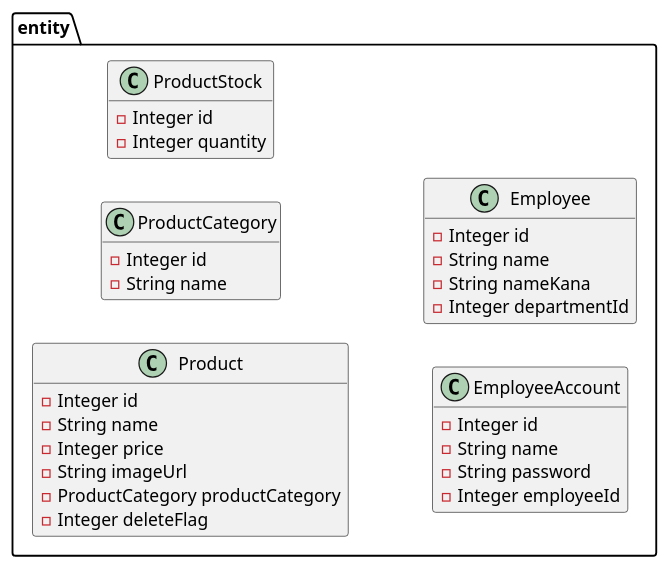
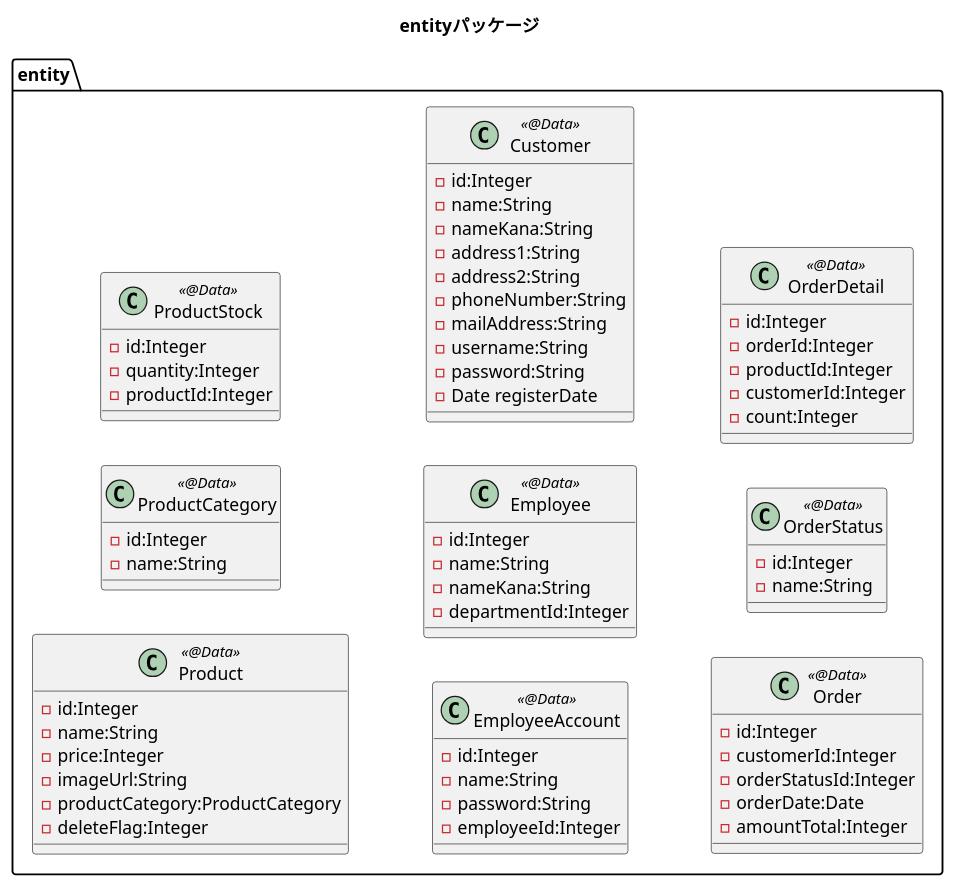
Before and after one commit to imagepit/fullness-ec: the diagram in plan/diagram/class/package_entity.puml, drawn with PlantUML. The commit also changed 89 other files, not shown here.

```diff
--- a/plan/diagram/class/package_entity.puml
+++ b/plan/diagram/class/package_entity.puml
@@ -1,38 +1,67 @@
 @startuml
 
-skinparam shadowing false
-hide empty methods
-hide empty fields
+title entityパッケージ
 left to right direction
 
 package entity{
-    class Product{
-        - Integer id
-        - String name
-        - Integer price
-        - String imageUrl
-        - ProductCategory productCategory
-        - Integer deleteFlag
+    class Product<<@Data>>{
+        - id:Integer 
+        - name:String 
+        - price:Integer
+        - imageUrl:String
+        - productCategory:ProductCategory 
+        - deleteFlag:Integer
     }
-    class ProductCategory{
-        - Integer id
-        - String name
+    class ProductCategory<<@Data>>{
+        - id:Integer
+        - name:String
     }
-    class ProductStock{
-        - Integer id
-        - Integer quantity
+    class ProductStock<<@Data>>{
+        - id:Integer
+        - quantity:Integer
+        - productId:Integer
     }
-    class EmployeeAccount{
-        - Integer id
-        - String name
-        - String password
-        - Integer employeeId
+    class EmployeeAccount<<@Data>>{
+        - id:Integer
+        - name:String
+        - password:String
+        - employeeId:Integer
     }
-    class Employee{
-        - Integer id
-        - String name
-        - String nameKana
-        - Integer departmentId
+    class Employee<<@Data>>{
+        - id:Integer
+        - name:String
+        - nameKana:String
+        - departmentId:Integer
+    }
+    class Customer<<@Data>>{
+        - id:Integer
+        - name:String
+        - nameKana:String
+        - address1:String
+        - address2:String
+        - phoneNumber:String
+        - mailAddress:String
+        - username:String
+        - password:String
+        - Date registerDate
+    }
+    class Order<<@Data>>{
+        - id:Integer
+        - customerId:Integer
+        - orderStatusId:Integer
+        - orderDate:Date
+        - amountTotal:Integer
+    }
+    class OrderStatus<<@Data>>{
+        - id:Integer
+        - name:String
+    }
+    class OrderDetail<<@Data>>{
+        - id:Integer
+        - orderId:Integer
+        - productId:Integer
+        - customerId:Integer
+        - count:Integer
     }
 }
 @enduml
```
